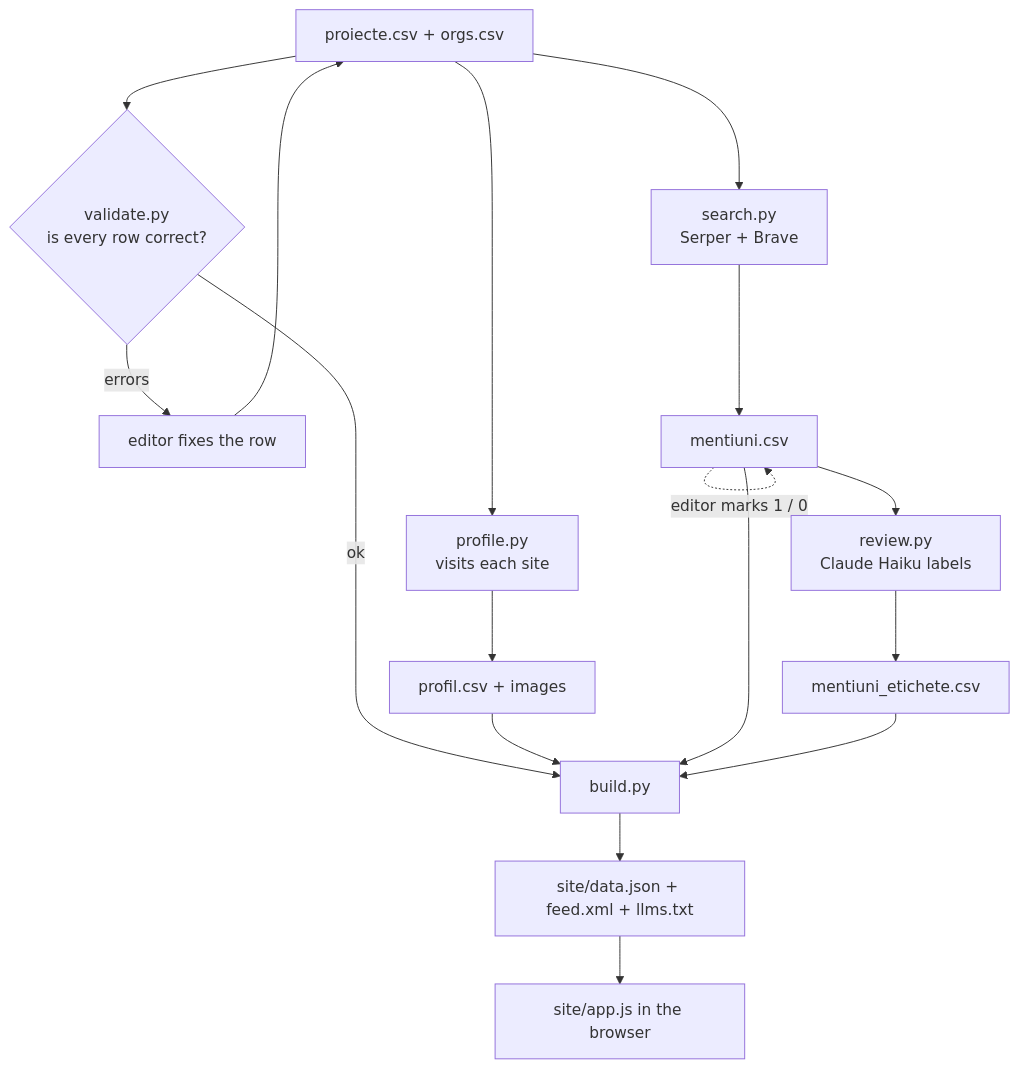
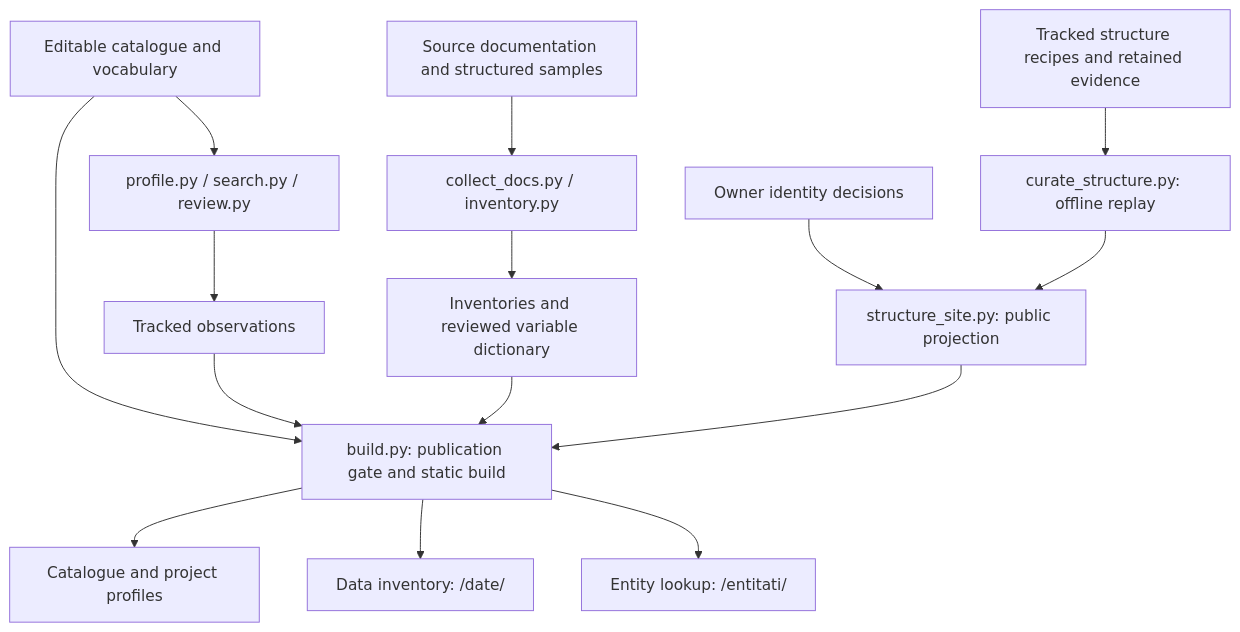
The diagram in docs/ARCHITECTURE.md (gov2-ro/awesome-civtech-ro), drawn with Mermaid before and after one commit. The commit also changed other lines of this file and 22 other files, not shown here.

First line of the commit message:
feat(site): publish inventory and entity lookup together

````diff
--- a/docs/ARCHITECTURE.md
+++ b/docs/ARCHITECTURE.md
@@ -61,19 +33,17 @@
 ```mermaid
 flowchart TD
-    csv[proiecte.csv + orgs.csv] --> validate{validate.py<br/>is every row correct?}
-    validate -- errors --> fix[editor fixes the row]
-    fix --> csv
-    validate -- ok --> build
-    csv --> profile[profile.py<br/>visits each site]
-    profile --> profil[profil.csv + images]
-    csv --> search[search.py<br/>Serper + Brave]
-    search --> ment[mentiuni.csv]
-    ment -. editor marks 1 / 0 .-> ment
-    ment --> review[review.py<br/>Claude Haiku labels]
-    review --> labels[mentiuni_etichete.csv]
-    profil --> build[build.py]
-    ment --> build
-    labels --> build
-    build --> out[site/data.json + feed.xml + llms.txt]
-    out --> browser[site/app.js in the browser]
+    CSV[Editable catalogue and vocabulary] --> BUILD[build.py: publication gate and static build]
+    CSV --> HEALTH[profile.py / search.py / review.py]
+    HEALTH --> OBS[Tracked observations]
+    OBS --> BUILD
+    SOURCES[Source documentation and structured samples] --> COLLECT[collect_docs.py / inventory.py]
+    COLLECT --> INV[Inventories and reviewed variable dictionary]
+    INV --> BUILD
+    RECIPES[Tracked structure recipes and retained evidence] --> REPLAY[curate_structure.py: offline replay]
+    DECISIONS[Owner identity decisions] --> STRUCT[structure_site.py: public projection]
+    REPLAY --> STRUCT
+    STRUCT --> BUILD
+    BUILD --> EXPLORER[Catalogue and project profiles]
+    BUILD --> FINDER[Data inventory: /date/]
+    BUILD --> ENTITIES[Entity lookup: /entitati/]
 ```
````
